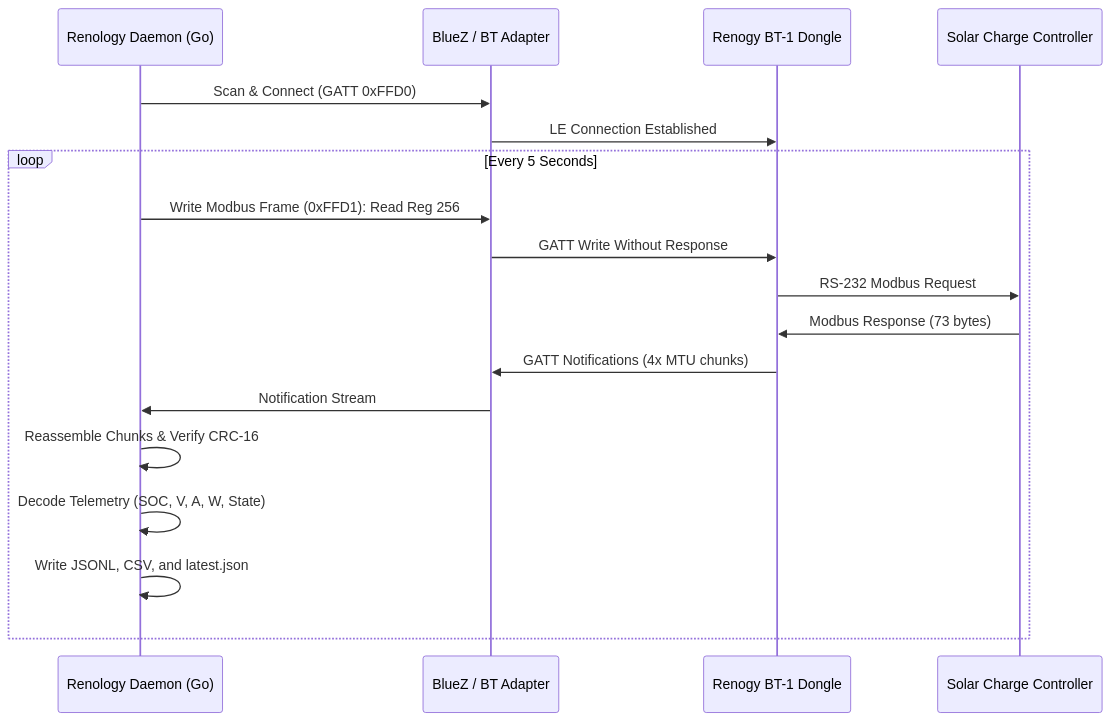
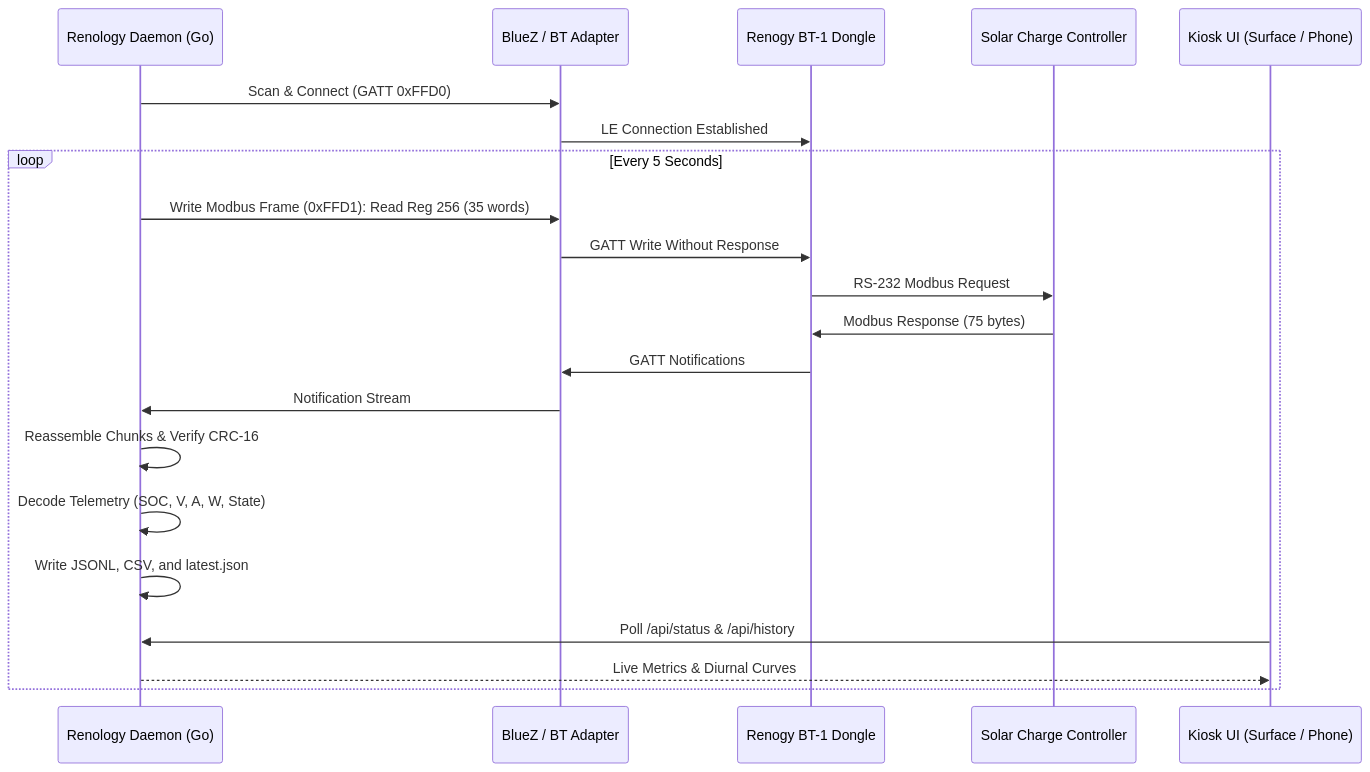
Before and after one commit to fkcurrie/renology: the diagram in README.md, drawn with Mermaid. The commit also changed other lines of this file and 11 other files, not shown here.

Commit message:
feat(kiosk): embedded automotive battery fuel dial and 24h/7d solar charts dashboard

````diff
--- a/README.md
+++ b/README.md
@@ -86,21 +114,24 @@
 ```mermaid
 sequenceDiagram
     participant App as Renology Daemon (Go)
     participant BLE as BlueZ / BT Adapter
     participant BT1 as Renogy BT-1 Dongle
     participant CC as Solar Charge Controller
+    participant UI as Kiosk UI (Surface / Phone)
 
     App->>BLE: Scan & Connect (GATT 0xFFD0)
     BLE->>BT1: LE Connection Established
     loop Every 5 Seconds
-        App->>BLE: Write Modbus Frame (0xFFD1): Read Reg 256
+        App->>BLE: Write Modbus Frame (0xFFD1): Read Reg 256 (35 words)
         BLE->>BT1: GATT Write Without Response
         BT1->>CC: RS-232 Modbus Request
-        CC->>BT1: Modbus Response (73 bytes)
-        BT1->>BLE: GATT Notifications (4x MTU chunks)
+        CC->>BT1: Modbus Response (75 bytes)
+        BT1->>BLE: GATT Notifications
         BLE->>App: Notification Stream
         App->>App: Reassemble Chunks & Verify CRC-16
         App->>App: Decode Telemetry (SOC, V, A, W, State)
         App->>App: Write JSONL, CSV, and latest.json
+        UI->>App: Poll /api/status & /api/history
+        App-->>UI: Live Metrics & Diurnal Curves
     end
 ```
````
